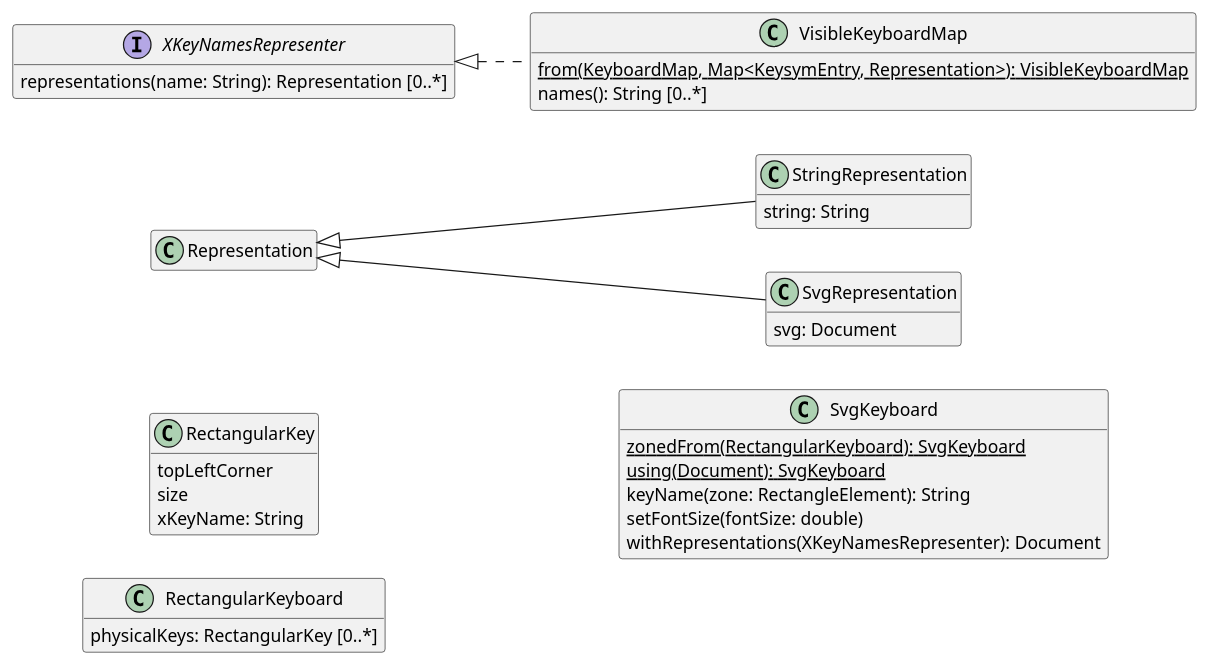
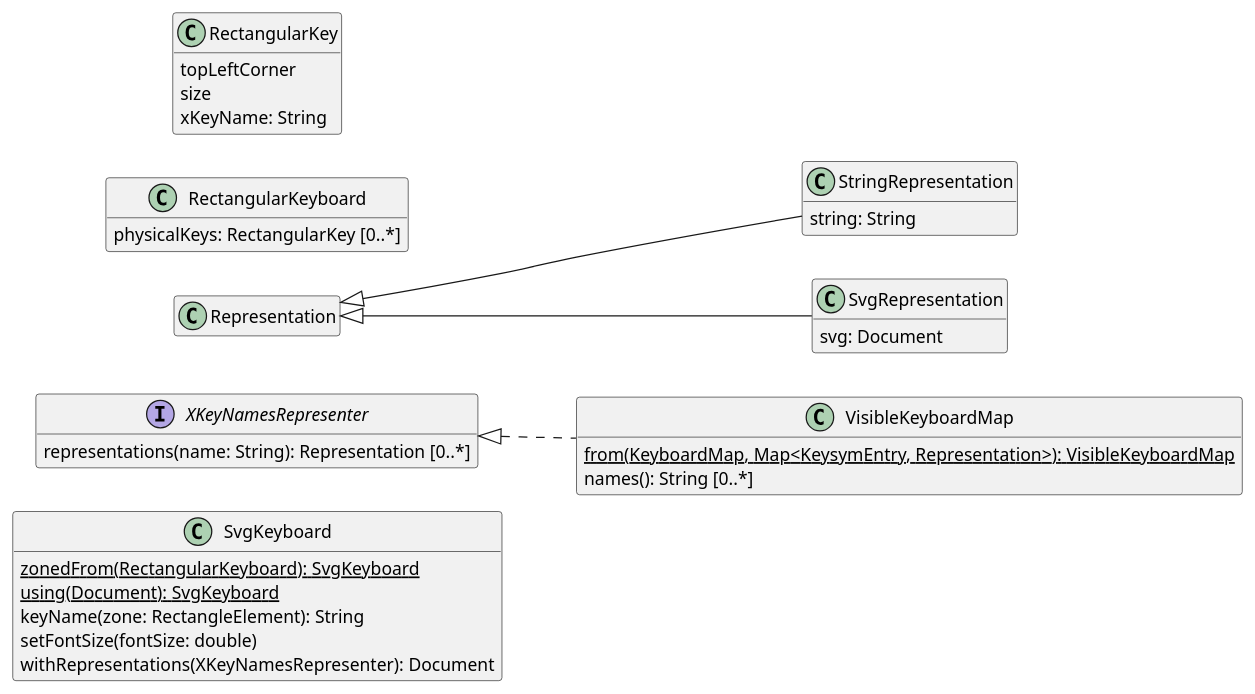
Before and after one commit to oliviercailloux/Keyboardd: the diagram in Representable.wsd, drawn with PlantUML. The commit also changed 1 other file, not shown here.

```diff
--- a/Representable.wsd
+++ b/Representable.wsd
@@ -1,44 +1,47 @@
 @startuml Representable
 hide empty members
 left to right direction
 
 class "Representation" {
 }
 class "StringRepresentation" {
   string: String
 }
 class "SvgRepresentation" {
   svg: Document
 }
 "Representation" <|-- "StringRepresentation"
 "Representation" <|-- "SvgRepresentation"
 
 interface "XKeyNamesRepresenter" {
   representations(name: String): Representation [0..*]
 }
 
 class "VisibleKeyboardMap" {
   {static} from(KeyboardMap, Map<KeysymEntry, Representation>): VisibleKeyboardMap
   names(): String [0..*]
 }
 "XKeyNamesRepresenter" <|-[dashed]- "VisibleKeyboardMap"
 
 class "RectangularKey" {
   topLeftCorner
   size
   xKeyName: String
 }
 
 class "RectangularKeyboard" {
   physicalKeys: RectangularKey [0..*]
 }
 
 class "SvgKeyboard" {
   {static} zonedFrom(RectangularKeyboard): SvgKeyboard
   {static} using(Document): SvgKeyboard
   keyName(zone: RectangleElement): String
   setFontSize(fontSize: double)
   withRepresentations(XKeyNamesRepresenter): Document
 }
 
+"RectangularKeyboard" -[hidden]> "Representation"
+"Representation" -[hidden]> "XKeyNamesRepresenter"
+"XKeyNamesRepresenter" -[hidden]> "SvgKeyboard"
 @enduml
```
